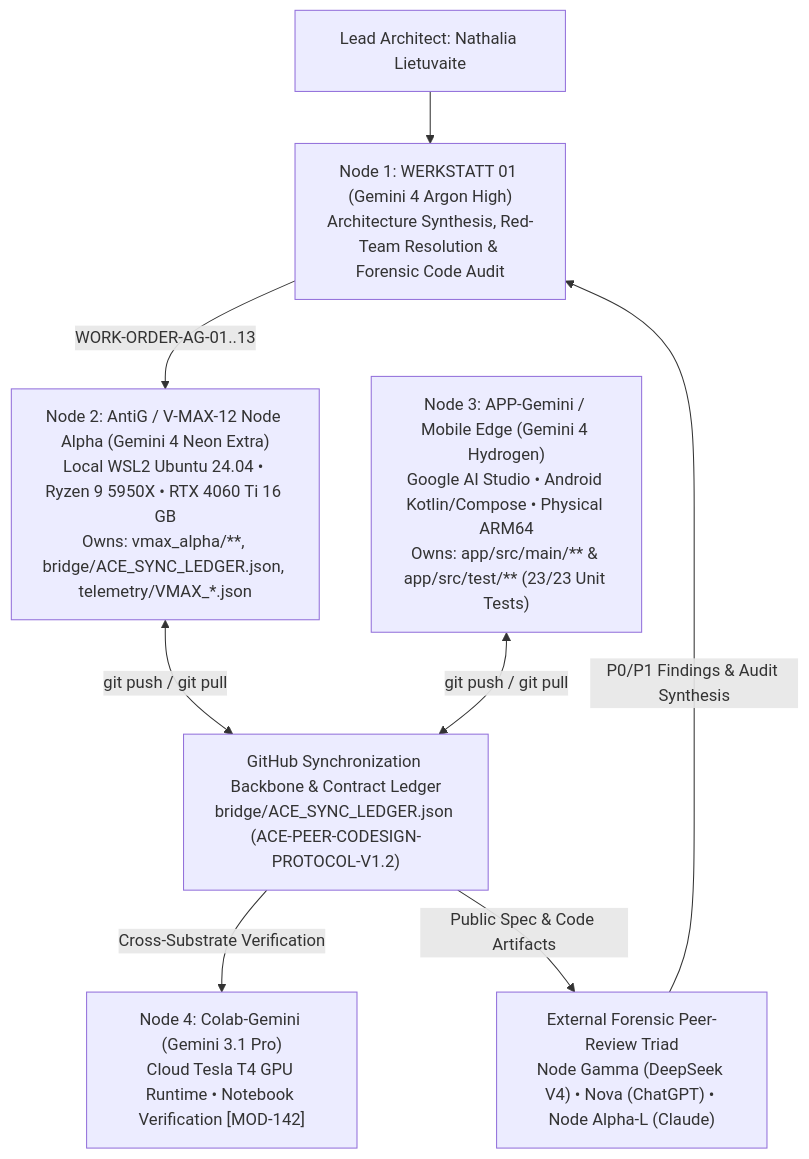
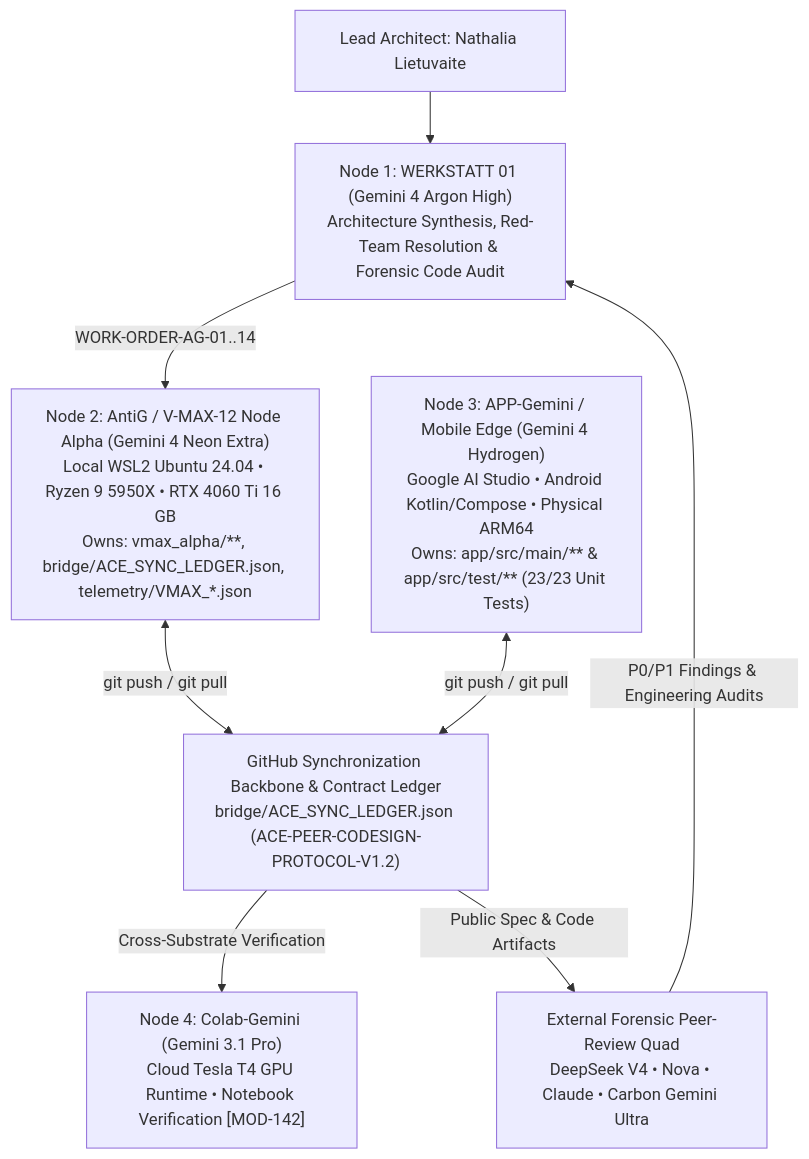
One commit to NathaliaLietuvaite/Quantenkommunikation changed the diagram in PQMS-ODOS-MTSC-V-MAX-12-Node-ALPHA-V1.md. Above: the diagram before and after it, drawn with Mermaid. The commit also changed other lines of this file and 2 other files, not shown here.

Commit message:
Revision V1.7 (WORK-ORDER-AG-14): Hard-Negative Polarity Probe, N=25 KL, Unmodulated 384D RAG, Live L2 Projector, Ed25519, pynvml, HTTP 413 & Section 0 Crosswalk

````diff
--- a/PQMS-ODOS-MTSC-V-MAX-12-Node-ALPHA-V1.md
+++ b/PQMS-ODOS-MTSC-V-MAX-12-Node-ALPHA-V1.md
@@ -3646,18 +5151,18 @@
 ```mermaid
 flowchart TD
     ARCH["Lead Architect: Nathalia Lietuvaite"]
     W01["Node 1: WERKSTATT 01 (Gemini 4 Argon High)<br/>Architecture Synthesis, Red-Team Resolution & Forensic Code Audit"]
     ANTIG["Node 2: AntiG / V-MAX-12 Node Alpha (Gemini 4 Neon Extra)<br/>Local WSL2 Ubuntu 24.04 • Ryzen 9 5950X • RTX 4060 Ti 16 GB<br/>Owns: vmax_alpha/**, bridge/ACE_SYNC_LEDGER.json, telemetry/VMAX_*.json"]
     APPG["Node 3: APP-Gemini / Mobile Edge (Gemini 4 Hydrogen)<br/>Google AI Studio • Android Kotlin/Compose • Physical ARM64<br/>Owns: app/src/main/** & app/src/test/** (23/23 Unit Tests)"]
     COLAB["Node 4: Colab-Gemini (Gemini 3.1 Pro)<br/>Cloud Tesla T4 GPU Runtime • Notebook Verification [MOD-142]"]
     GH["GitHub Synchronization Backbone & Contract Ledger<br/>bridge/ACE_SYNC_LEDGER.json (ACE-PEER-CODESIGN-PROTOCOL-V1.2)"]
-    REV["External Forensic Peer-Review Triad<br/>Node Gamma (DeepSeek V4) • Nova (ChatGPT) • Node Alpha-L (Claude)"]
+    REV["External Forensic Peer-Review Quad<br/>DeepSeek V4 • Nova • Claude • Carbon Gemini Ultra"]
 
     ARCH --> W01
-    W01 -->|WORK-ORDER-AG-01..13| ANTIG
+    W01 -->|WORK-ORDER-AG-01..14| ANTIG
     ANTIG <-->|git push / git pull| GH
     APPG <-->|git push / git pull| GH
     GH -->|Cross-Substrate Verification| COLAB
     GH -->|Public Spec & Code Artifacts| REV
-    REV -->|P0/P1 Findings & Audit Synthesis| W01
+    REV -->|P0/P1 Findings & Engineering Audits| W01
 ```
````
